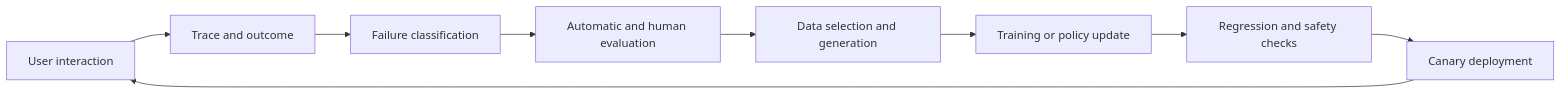
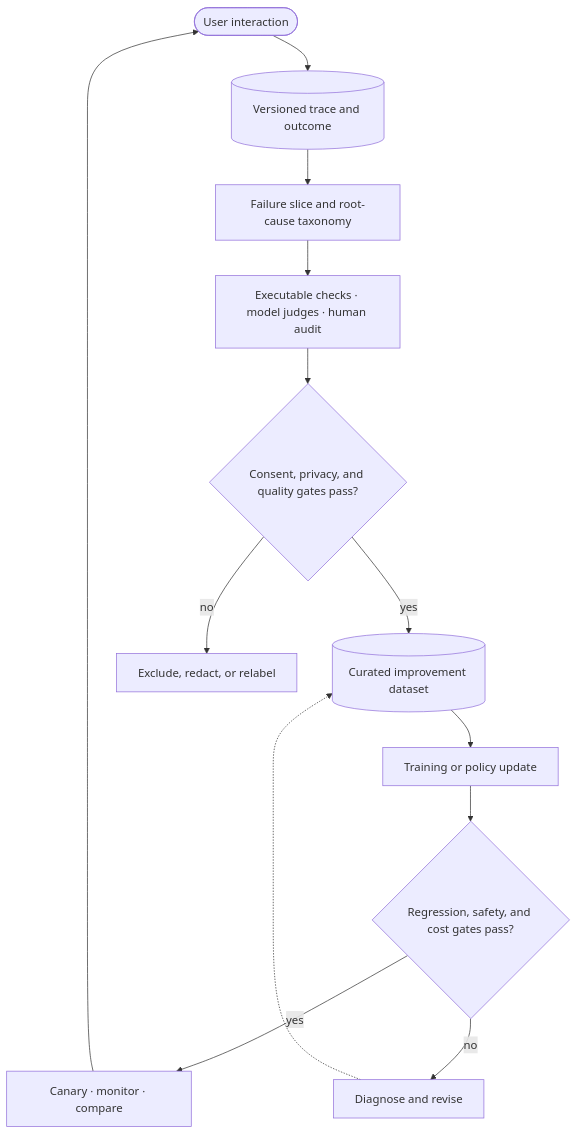
The diagram in ai-infra/modules/07-data-eval-learning-loop.en.md (tianyi-zhang-02/cooking-agi), drawn with Mermaid before and after one commit. The commit also changed 18 other files, not shown here.

Commit message:
redesign the guide diagrams

````diff
--- a/ai-infra/modules/07-data-eval-learning-loop.en.md
+++ b/ai-infra/modules/07-data-eval-learning-loop.en.md
@@ -23,11 +23,19 @@
 ```mermaid
-flowchart LR
-    A[User interaction] --> B[Trace and outcome]
-    B --> C[Failure classification]
-    C --> D[Automatic and human evaluation]
-    D --> E[Data selection and generation]
-    E --> F[Training or policy update]
-    F --> G[Regression and safety checks]
-    G --> H[Canary deployment]
-    H --> A
+flowchart TB
+    A(["User interaction"])
+    B[("Versioned trace and outcome")]
+    C["Failure slice and root-cause taxonomy"]
+    D["Executable checks · model judges · human audit"]
+    P{"Consent, privacy, and quality gates pass?"}
+    E[("Curated improvement dataset")]
+    F["Training or policy update"]
+    G{"Regression, safety, and cost gates pass?"}
+    H["Canary · monitor · compare"]
+
+    A --> B --> C --> D --> P
+    P -- "yes" --> E --> F --> G
+    P -- "no" --> X["Exclude, redact, or relabel"]
+    G -- "yes" --> H --> A
+    G -- "no" --> Y["Diagnose and revise"]
+    Y -.-> E
 ```
````
